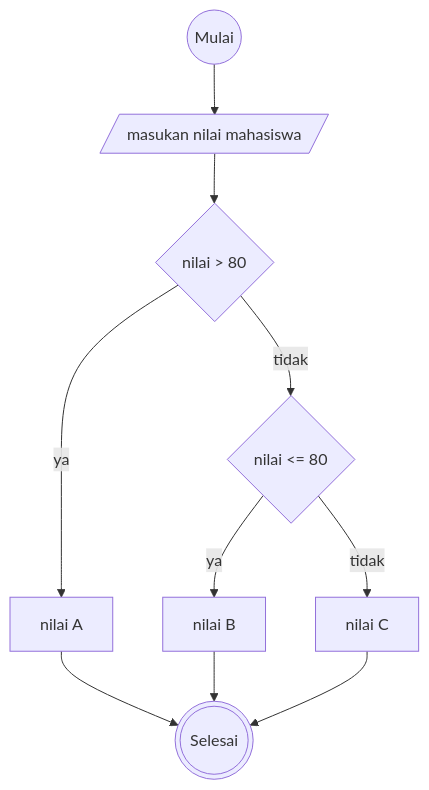
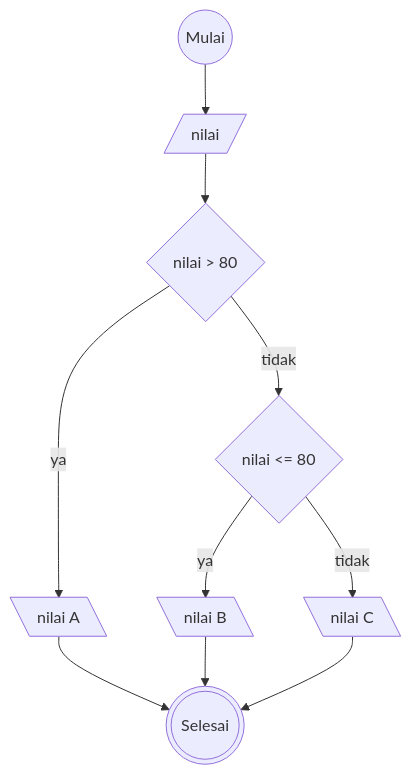
Before and after one commit to Farhan-dev-dot/koda-b10-algo-impl: the diagram in README.md, drawn with Mermaid. The commit also changed 1 other file, not shown here.

````diff
--- a/README.md
+++ b/README.md
@@ -13,26 +13,26 @@
 ```mermaid
 
 flowchart TD
 
 A@{ shape: circle, label: "Mulai" }
-B@{ shape: lean-r, label: "masukan nilai mahasiswa" }
+B@{ shape: lean-r, label: " nilai" }
 C@{ shape: diamond, label: "nilai > 80" }
 D@{ shape: diamond, label: "nilai <= 80" }
-E@{ shape: rect, label: "nilai A" }
-F@{ shape: rect, label: "nilai B" }
-G@{ shape: rect, label: "nilai C" }
+E@{ shape: lean-l, label: "nilai A" }
+F@{ shape: lean-l, label: "nilai B" }
+G@{ shape: lean-l, label: "nilai C" }
 H@{ shape: dbl-circ, label: "Selesai" }
 
 
 A-->B
 B-->C
 C--ya-->E
 D--ya-->F
 D--tidak-->G
 C--tidak-->D
 E-->H
 F-->H
 G-->H
 
 
 ```
````
